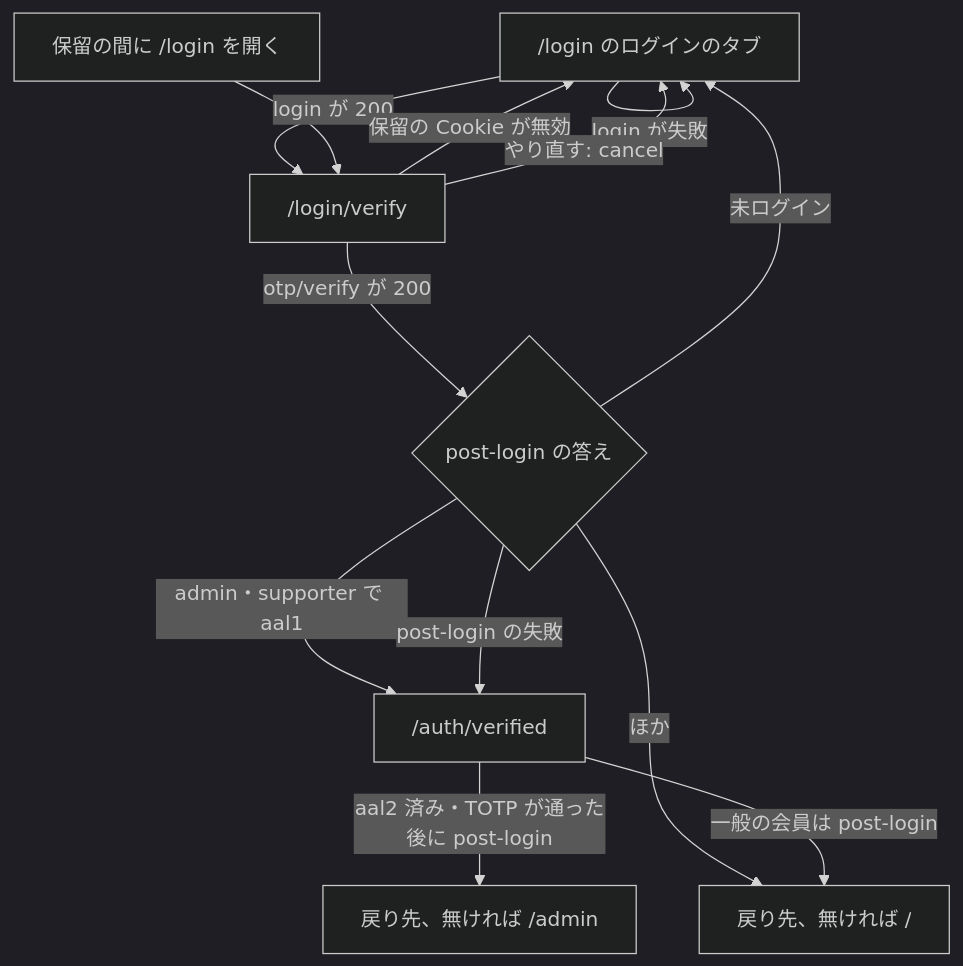
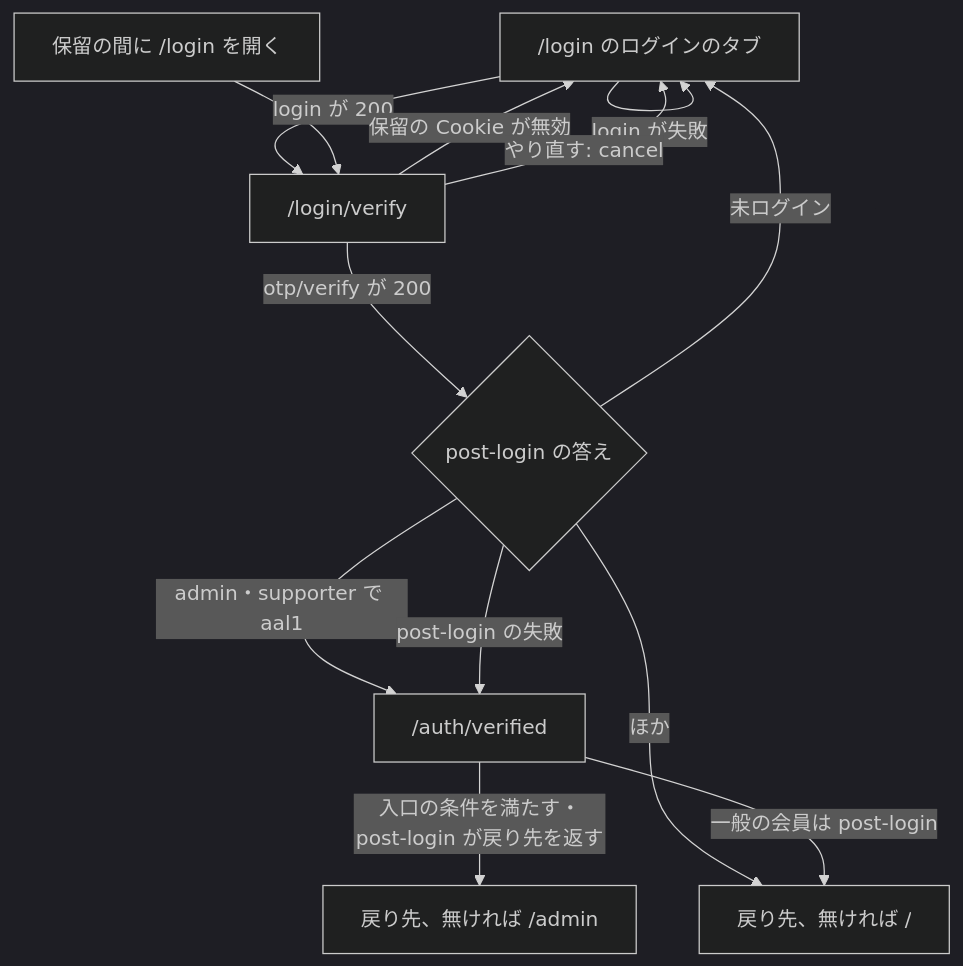
The eighth of 18 diagrams in docs/03_BasicDesign/areas/auth.md (ChocoWork/o_official), drawn with Mermaid (dark theme) before and after one commit. The commit also changed other lines of this file and 5 other files, not shown here.

````diff
--- a/docs/03_BasicDesign/areas/auth.md
+++ b/docs/03_BasicDesign/areas/auth.md
@@ -548,15 +548,15 @@
 ```mermaid
 flowchart TD
   A["/login のログインのタブ"] -->|login が 200| B["/login/verify"]
   A -->|login が失敗| A
   B -->|保留の Cookie が無効| A
   B -->|やり直す: cancel| A
   B -->|otp/verify が 200| M{"post-login の答え"}
   M -->|未ログイン| A
   M -->|admin・supporter で aal1| C["/auth/verified"]
   M -->|ほか| D["戻り先、無ければ /"]
   M -->|post-login の失敗| C
-  C -->|aal2 済み・TOTP が通った後に post-login| E["戻り先、無ければ /admin"]
+  C -->|入口の条件を満たす・post-login が戻り先を返す| E["戻り先、無ければ /admin"]
   C -->|一般の会員は post-login| D
   A2["保留の間に /login を開く"] --> B
 ```
````
